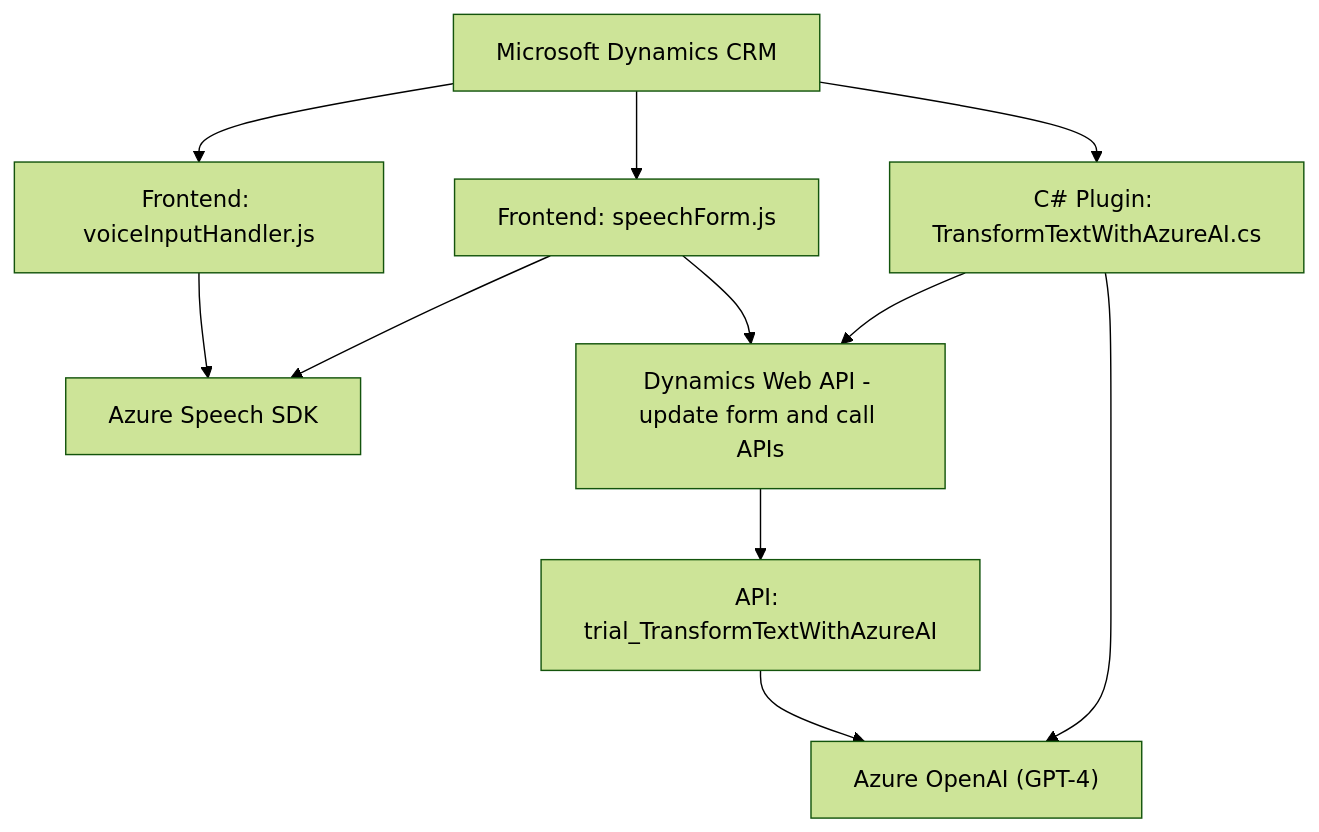
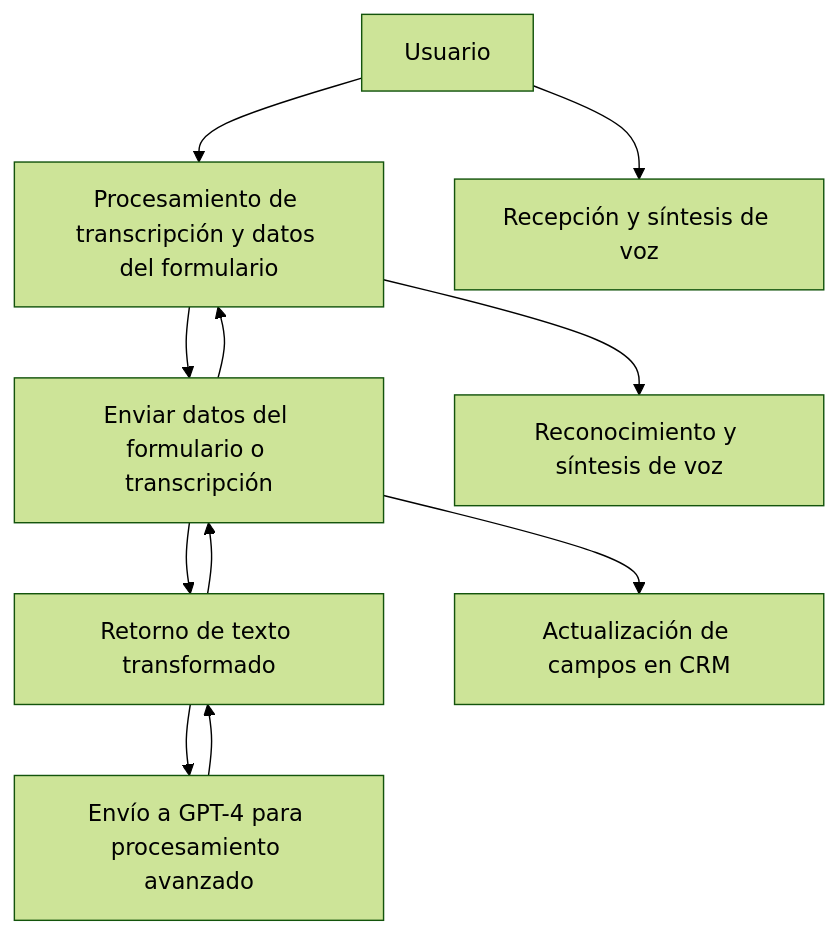
One commit to blopezdm/NETCORE_BILBAO2025 changed the diagram in README.md. Above: the diagram before and after it, drawn with Mermaid (forest theme). The commit also changed other lines of this file, not shown here.

````diff
--- a/README.md
+++ b/README.md
@@ -43,13 +46,22 @@
 ```mermaid
 graph TD
-    A1["Frontend: voiceInputHandler.js"] --> B1["Azure Speech SDK"]
-    A2["Frontend: speechForm.js"] --> B1
-    A2 --> C1["Dynamics Web API - update form and call APIs"]
-    C1 --> D1["API: trial_TransformTextWithAzureAI"]
-    D1 --> E1["Azure OpenAI (GPT-4)"]
-    F1["C# Plugin: TransformTextWithAzureAI.cs"] --> E1
-    F1 --> C1
-    G1["Microsoft Dynamics CRM"] --> A1
-    G1 --> A2
-    G1 --> F1
+    A["Usuario"]
+    B["Frontend - SpeechInputProcessor.js"]
+    C["Frontend - VoiceInputHandler.js"]
+    D["Dynamics 365 Web API"]
+    E["Plugin - TransformTextWithAzureAI.cs"]
+    F["Azure OpenAI GPT-4 API"]
+    G["Azure Speech SDK"]
+    H["Dynamics 365 Backend"]
+
+    A --> B["Procesamiento de transcripción y datos del formulario"]
+    A --> C["Recepción y síntesis de voz"]
+    B --> G["Reconocimiento y síntesis de voz"]
+    B --> D["Enviar datos del formulario o transcripción"]
+    D --> E["Transformación de texto en el plugin"]
+    E --> F["Envío a GPT-4 para procesamiento avanzado"]
+    F --> E["Retorno de texto transformado"]
+    E --> D
+    D --> B
+    D --> H["Actualización de campos en CRM"]
 ```
````
